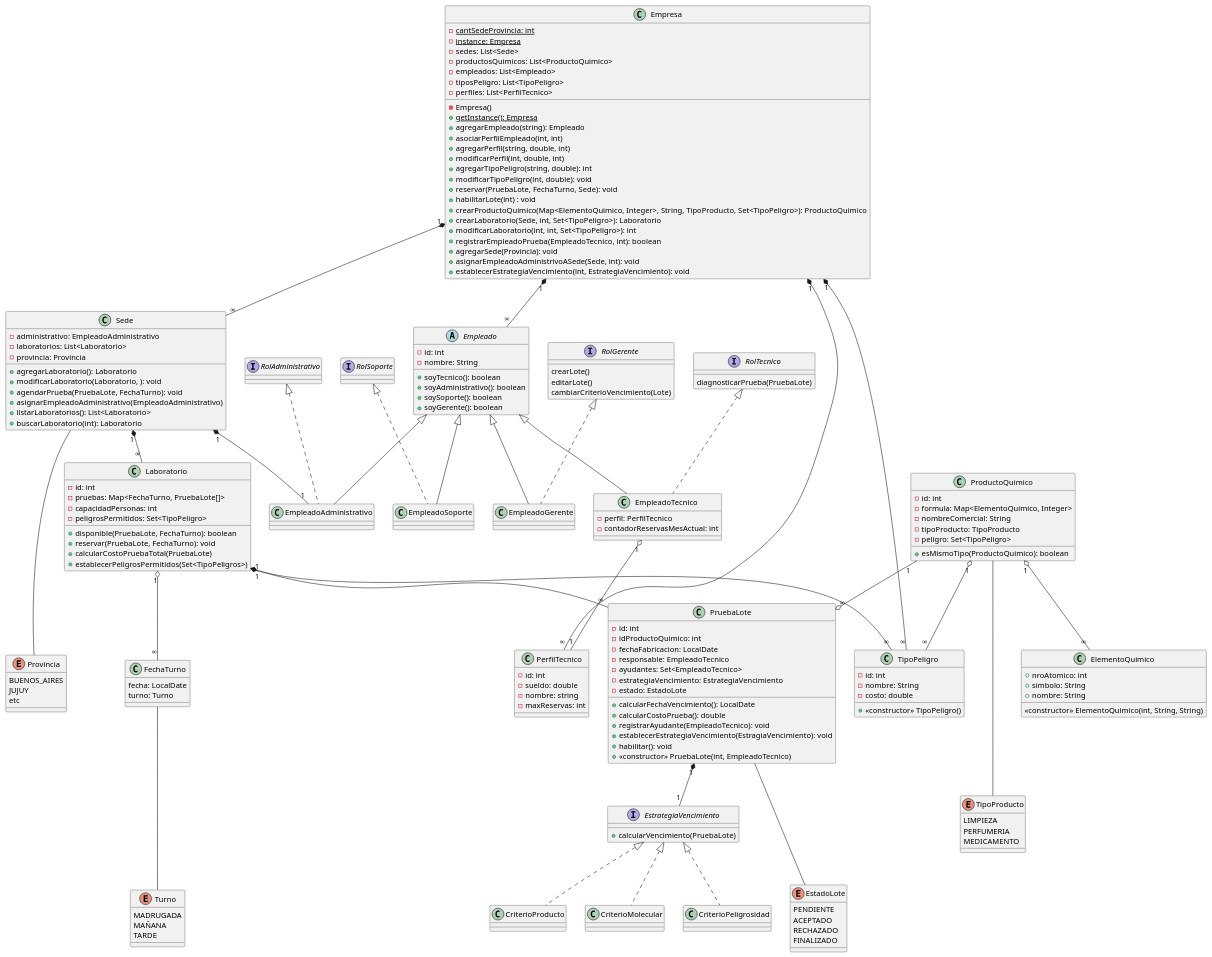
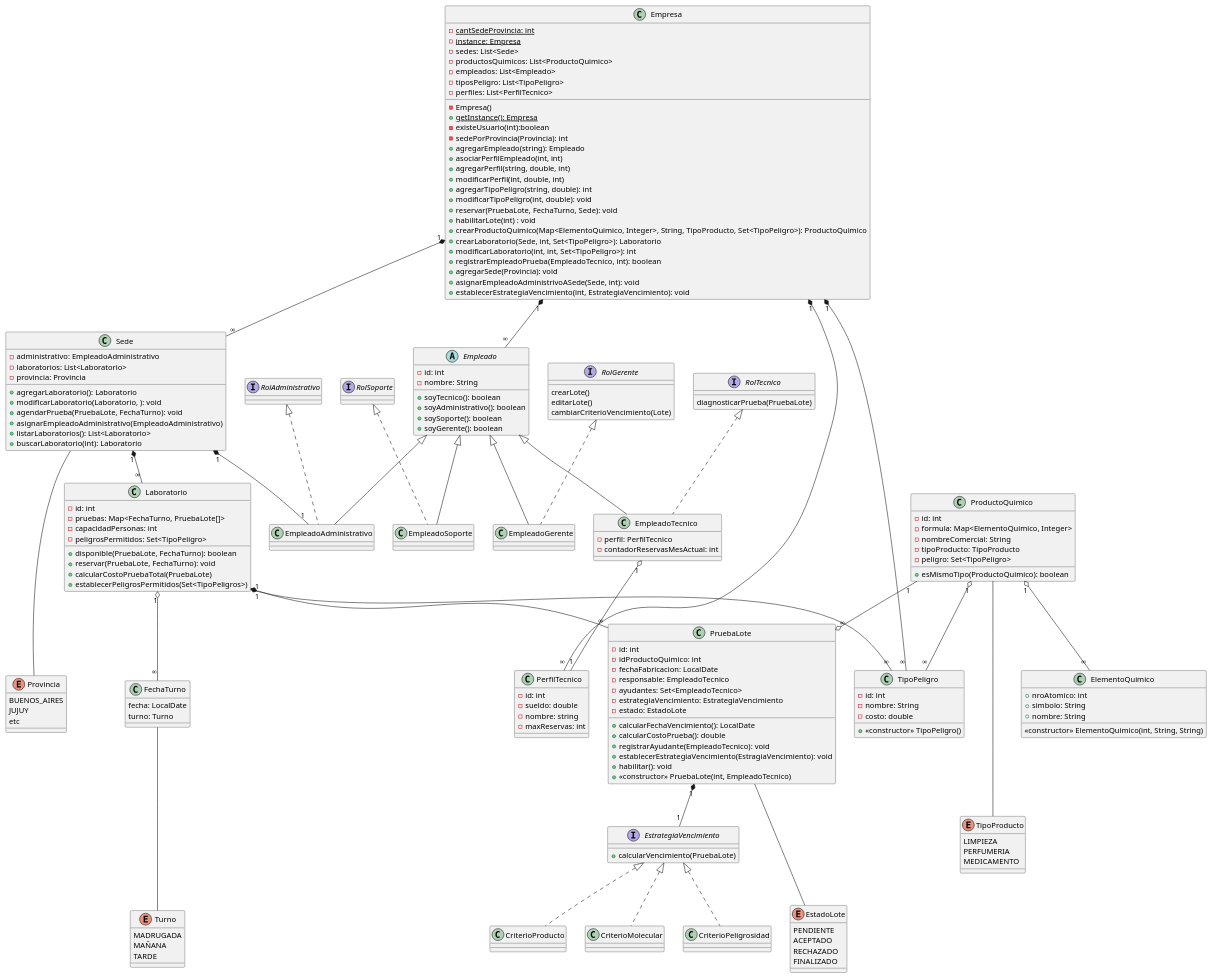
One commit to SrBigotones/UADE_TPO_OOP changed the diagram in diagramas/clases.plantuml. Above: the diagram before and after it, drawn with PlantUML. The commit also changed 1 other file, not shown here.

Commit message:
update diagsecuencia sede y clases

```diff
--- a/diagramas/clases.plantuml
+++ b/diagramas/clases.plantuml
@@ -10,6 +10,8 @@
   - tiposPeligro: List<TipoPeligro>
   - perfiles: List<PerfilTecnico>
   {static} + getInstance(): Empresa
+  - existeUsuario(int):boolean
+  - sedePorProvincia(Provincia): int
   + agregarEmpleado(string): Empleado
   + asociarPerfilEmpleado(int, int) /'id de perfil, id de empleado'/
   + agregarPerfil(string, double, int) /'nombrePuesto, sueldo, maxReservas'/
```
